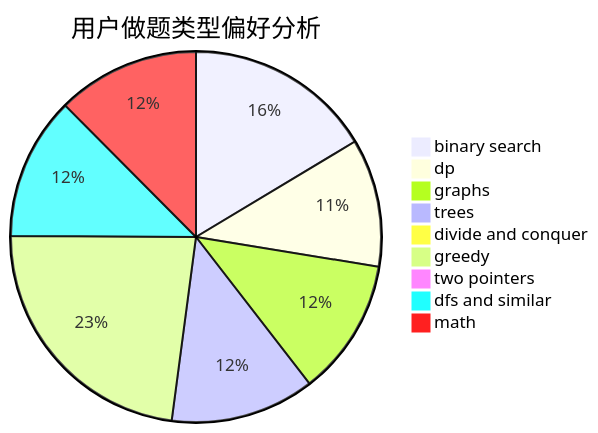
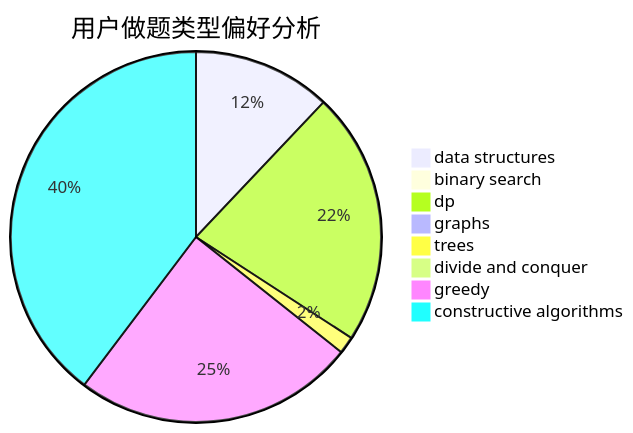
One commit to sherpahu/cfrs.github.io changed the second of 3 diagrams in docs/user/u2728.md. Above: the diagram before and after it, drawn with Mermaid. The commit also changed other lines of this file and 2775 other files, not shown here.

````diff
--- a/docs/user/u2728.md
+++ b/docs/user/u2728.md
@@ -23,12 +23,11 @@
 ```mermaid
 pie title 用户做题类型偏好分析
-    "binary search" :  129
-    "dp" :  88
-    "graphs" :  94
-    "trees" :  99
+    "data structures" :  24
+    "binary search" :  0
+    "dp" :  44
+    "graphs" :  0
+    "trees" :  3
     "divide and conquer" :  0
-    "greedy" :  181
-    "two pointers" :  7
-    "dfs and similar" :  98
-    "math" :  98
+    "greedy" :  49
+    "constructive algorithms" :  79
 ```
````
